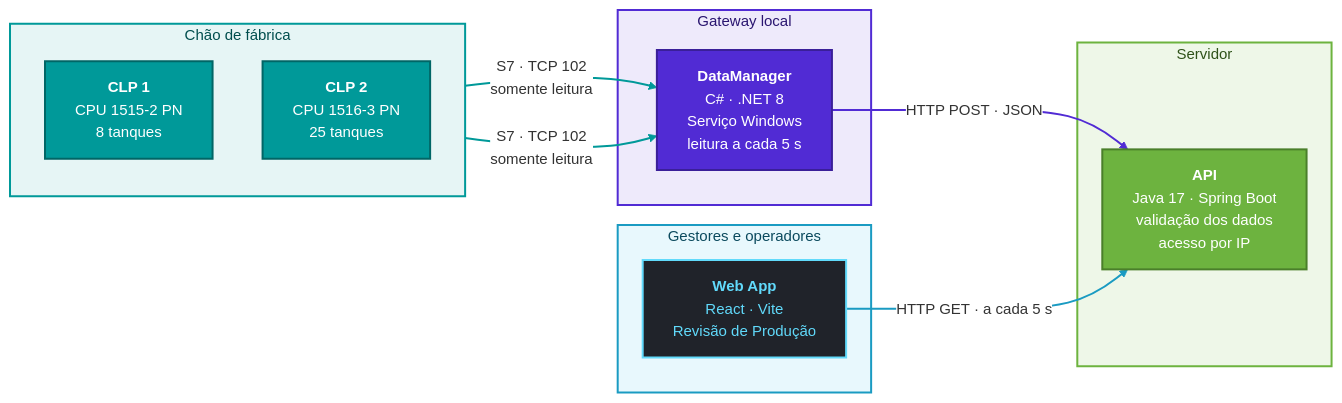
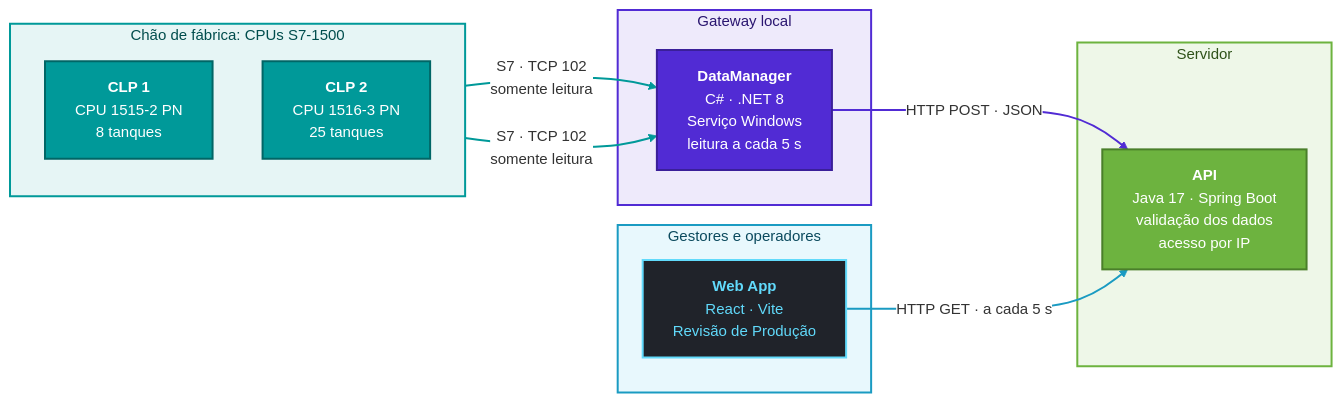
One commit to Virtuosinh0/Comunicacao-CLP-Nuvem changed the diagram in README.md. Above: the diagram before and after it, drawn with Mermaid. The commit also changed other lines of this file and 6 other files, not shown here.

````diff
--- a/README.md
+++ b/README.md
@@ -79,45 +80,45 @@
 ```mermaid
 %%{init: {"theme": "base", "themeVariables": {"fontFamily": "Segoe UI, Helvetica, Arial, sans-serif", "fontSize": "15px", "lineColor": "#555555", "edgeLabelBackground": "#FFFFFF"}}}%%
 flowchart LR
-    subgraph FAB["Chão de fábrica"]
+    subgraph FAB["Chão de fábrica: CPUs S7-1500"]
         direction TB
         CLP1["<b>CLP 1</b><br/>CPU 1515-2 PN<br/> 8 tanques"]
         CLP2["<b>CLP 2</b><br/>CPU 1516-3 PN<br/> 25 tanques"]
     end
 
     subgraph GW["Gateway local"]
         DM["<b>DataManager</b><br/>C# · .NET 8<br/>Serviço Windows<br/>leitura a cada 5 s"]
     end
 
     subgraph SRV["Servidor"]
         API["<b>API</b><br/>Java 17 · Spring Boot<br/>validação dos dados<br/>acesso por IP"]
     end
 
     subgraph USR["Gestores e operadores"]
         WEB["<b>Web App</b><br/>React · Vite<br/>Revisão de Produção"]
     end
 
     CLP1 -- "S7 · TCP 102<br/>somente leitura" --> DM
     CLP2 -- "S7 · TCP 102<br/>somente leitura" --> DM
     DM -- "HTTP POST · JSON" --> API
     WEB -- "HTTP GET · a cada 5 s" --> API
 
     classDef clp fill:#009999,stroke:#006666,stroke-width:2px,color:#FFFFFF
     classDef dotnet fill:#512BD4,stroke:#3A1F99,stroke-width:2px,color:#FFFFFF
     classDef spring fill:#6DB33F,stroke:#4A7F2A,stroke-width:2px,color:#FFFFFF
     classDef react fill:#20232A,stroke:#61DAFB,stroke-width:2px,color:#61DAFB
 
     class CLP1,CLP2 clp
     class DM dotnet
     class API spring
     class WEB react
 
     style FAB fill:#E6F5F5,stroke:#009999,stroke-width:2px,color:#004D4D
     style GW fill:#EEEAFB,stroke:#512BD4,stroke-width:2px,color:#2A1670
     style SRV fill:#EEF7E8,stroke:#6DB33F,stroke-width:2px,color:#2F5219
     style USR fill:#E8F8FD,stroke:#1A9BC2,stroke-width:2px,color:#0B4A5E
 
     linkStyle 0,1 stroke:#009999,stroke-width:2px
     linkStyle 2 stroke:#512BD4,stroke-width:2px
     linkStyle 3 stroke:#1A9BC2,stroke-width:2px
 ```
````
